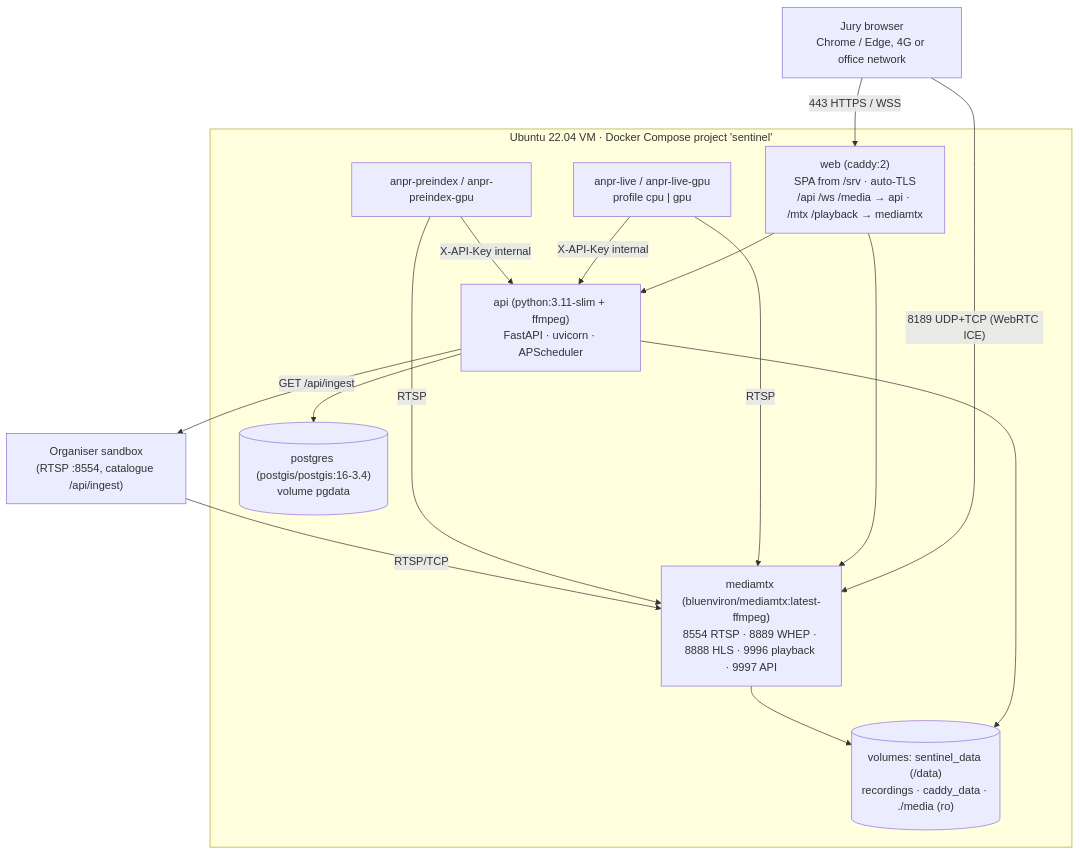
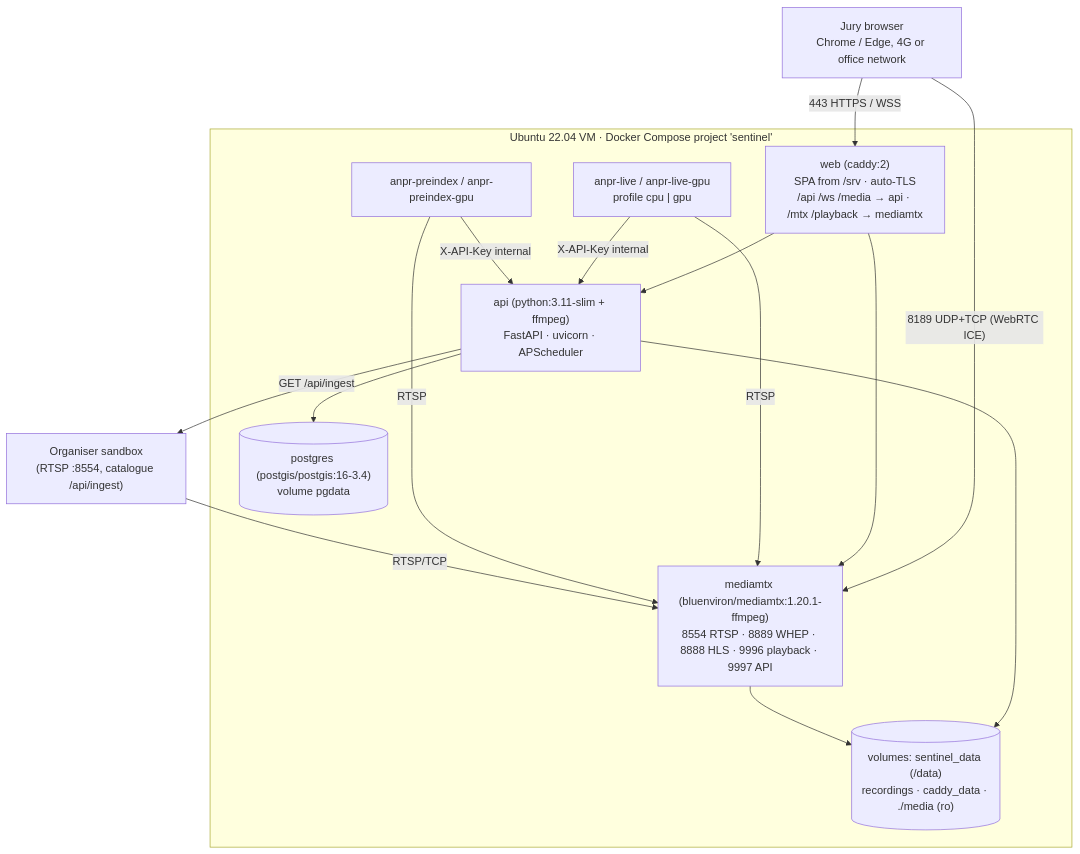
Before and after one commit to manishsoni123/Gujrat-police-hackathon: the diagram in docs/diagrams/10-deployment.mmd, drawn with Mermaid. The commit also changed 181 other files, not shown here.

```diff
--- a/docs/diagrams/10-deployment.mmd
+++ b/docs/diagrams/10-deployment.mmd
@@ -1,24 +1,24 @@
 %% Sentinel Gujarat – Phase 1 deployment view (contract §1.1, §1.2)
 flowchart TB
   JURY["Jury browser<br/>Chrome / Edge, 4G or office network"] -- "443 HTTPS / WSS" --> CADDY
   JURY -- "8189 UDP+TCP (WebRTC ICE)" --> MTX
   subgraph VM["Ubuntu 22.04 VM · Docker Compose project 'sentinel'"]
     CADDY["web (caddy:2)<br/>SPA from /srv · auto-TLS<br/>/api /ws /media → api · /mtx /playback → mediamtx"]
     API["api (python:3.11-slim + ffmpeg)<br/>FastAPI · uvicorn · APScheduler"]
-    MTX["mediamtx (bluenviron/mediamtx:latest-ffmpeg)<br/>8554 RTSP · 8889 WHEP · 8888 HLS · 9996 playback · 9997 API"]
+    MTX["mediamtx (bluenviron/mediamtx:1.20.1-ffmpeg)<br/>8554 RTSP · 8889 WHEP · 8888 HLS · 9996 playback · 9997 API"]
     PG[("postgres (postgis/postgis:16-3.4)<br/>volume pgdata")]
     LIVE["anpr-live / anpr-live-gpu<br/>profile cpu | gpu"]
     PRE["anpr-preindex / anpr-preindex-gpu"]
     VOL[("volumes: sentinel_data (/data)<br/>recordings · caddy_data · ./media (ro)")]
   end
   CADDY --> API
   CADDY --> MTX
   API --> PG
   API --> VOL
   MTX --> VOL
   LIVE -- "RTSP" --> MTX
   PRE -- "RTSP" --> MTX
   LIVE -- "X-API-Key internal" --> API
   PRE -- "X-API-Key internal" --> API
   SBX["Organiser sandbox<br/>(RTSP :8554, catalogue /api/ingest)"] -- "RTSP/TCP" --> MTX
   API -- "GET /api/ingest" --> SBX
```
